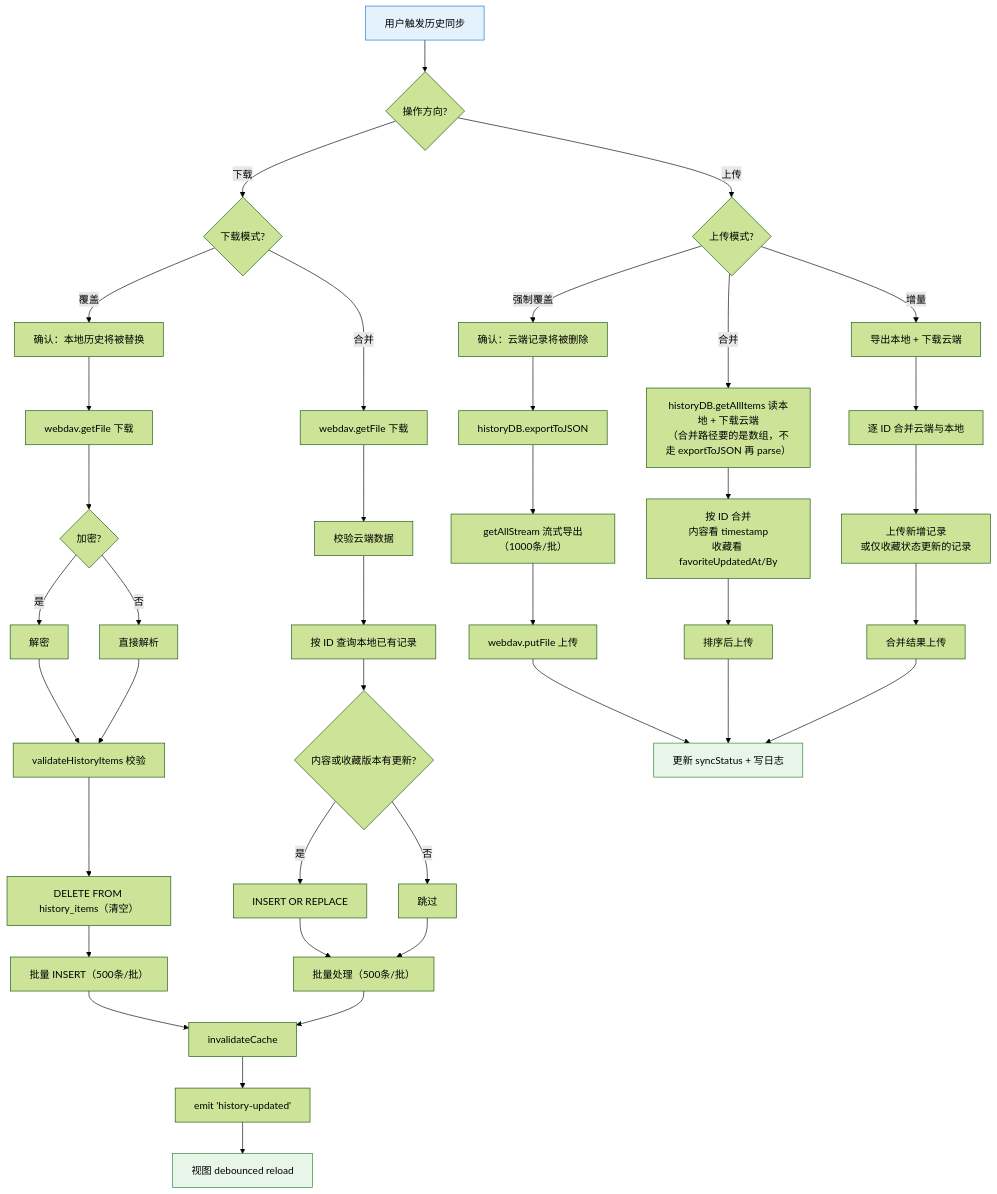
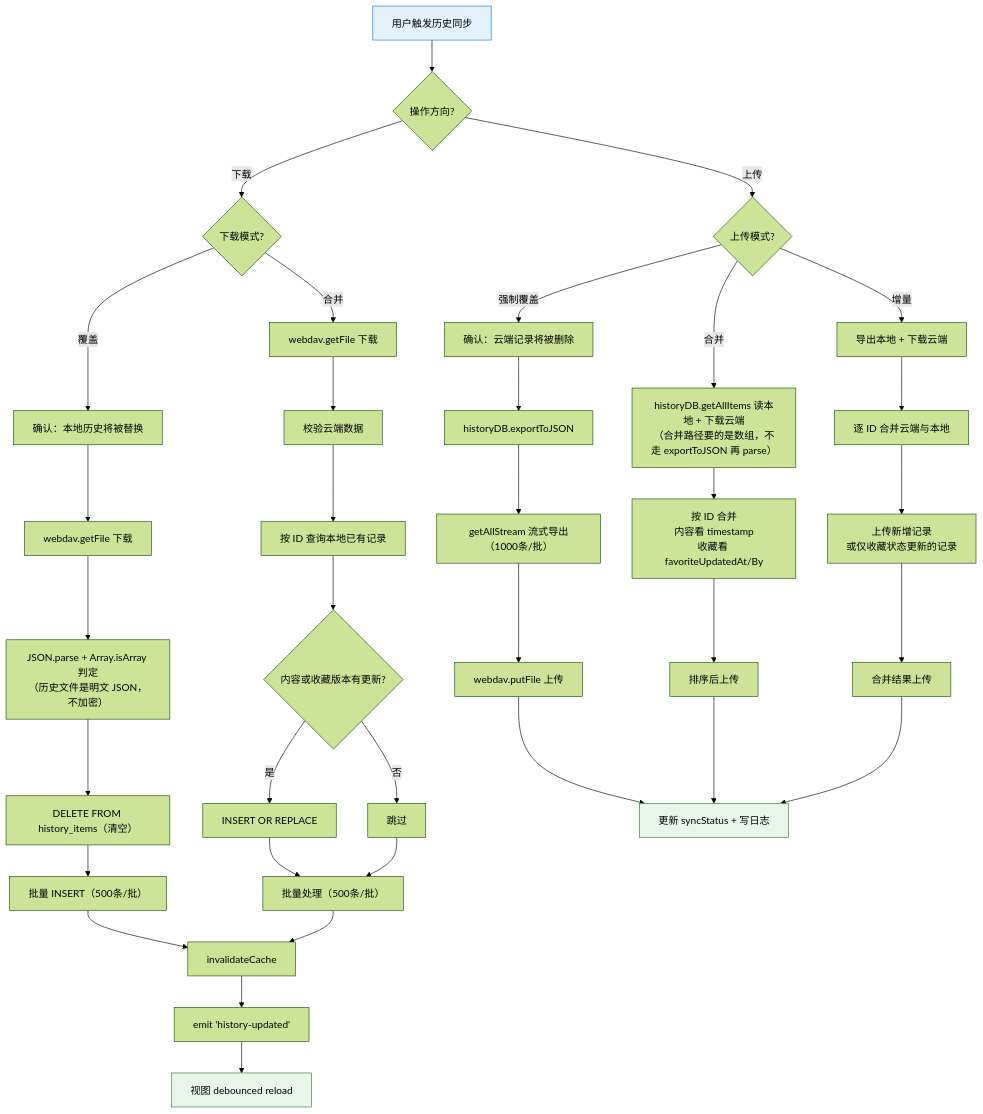
One commit to joeyliu6/PicNexus changed the second of 3 diagrams in docs/flows/sync-flow.md. Above: the diagram before and after it, drawn with Mermaid (forest theme). The commit also changed other lines of this file and 4 other files, not shown here.

First line of the commit message:
docs(sync): reconcile flow diagrams and API drift with implementation

````diff
--- a/docs/flows/sync-flow.md
+++ b/docs/flows/sync-flow.md
@@ -76,52 +76,49 @@
 ```mermaid
 flowchart TD
     A[用户触发历史同步] --> B{操作方向?}
 
     %% 上传历史
     B -- 上传 --> C{上传模式?}
 
     C -- 强制覆盖 --> D[确认：云端记录将被删除]
     D --> D1[historyDB.exportToJSON]
     D1 --> D2["getAllStream 流式导出（1000条/批）"]
     D2 --> D3[webdav.putFile 上传]
 
     C -- 合并 --> E["historyDB.getAllItems 读本地 + 下载云端<br/>（合并路径要的是数组，不走 exportToJSON 再 parse）"]
     E --> E1["按 ID 合并<br/>内容看 timestamp<br/>收藏看 favoriteUpdatedAt/By"]
     E1 --> E2[排序后上传]
 
     C -- 增量 --> F[导出本地 + 下载云端]
     F --> F1["逐 ID 合并云端与本地"]
     F1 --> F2["上传新增记录<br/>或仅收藏状态更新的记录"]
     F2 --> F3["合并结果上传"]
 
     %% 下载历史
     B -- 下载 --> G{下载模式?}
 
     G -- 覆盖 --> H[确认：本地历史将被替换]
     H --> H1[webdav.getFile 下载]
-    H1 --> H2{加密?}
-    H2 -- 是 --> H3[解密]
-    H2 -- 否 --> H4[直接解析]
-    H3 & H4 --> H5[validateHistoryItems 校验]
+    H1 --> H5["JSON.parse + Array.isArray 判定<br/>（历史文件是明文 JSON，不加密）"]
     H5 --> H6["DELETE FROM history_items（清空）"]
     H6 --> H7["批量 INSERT（500条/批）"]
 
     G -- 合并 --> I[webdav.getFile 下载]
     I --> I1[校验云端数据]
     I1 --> I2["按 ID 查询本地已有记录"]
     I2 --> I3{"内容或收藏版本有更新?"}
     I3 -- 是 --> I4[INSERT OR REPLACE]
     I3 -- 否 --> I5[跳过]
     I4 & I5 --> I6["批量处理（500条/批）"]
 
     H7 & I6 --> J[invalidateCache]
     J --> K["emit 'history-updated'"]
     K --> L[视图 debounced reload]
 
     D3 & E2 & F3 --> M[更新 syncStatus + 写日志]
 
     %% 样式
     style A fill:#e3f2fd,stroke:#1976d2
     style M fill:#e8f5e9,stroke:#2e7d32
     style L fill:#e8f5e9,stroke:#2e7d32
 ```
````
